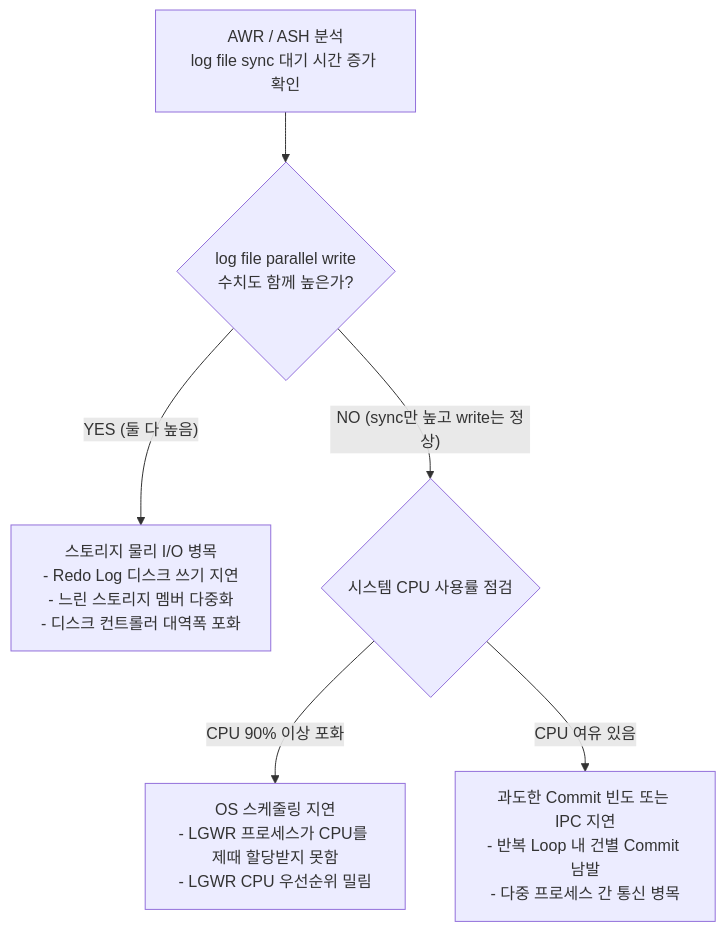
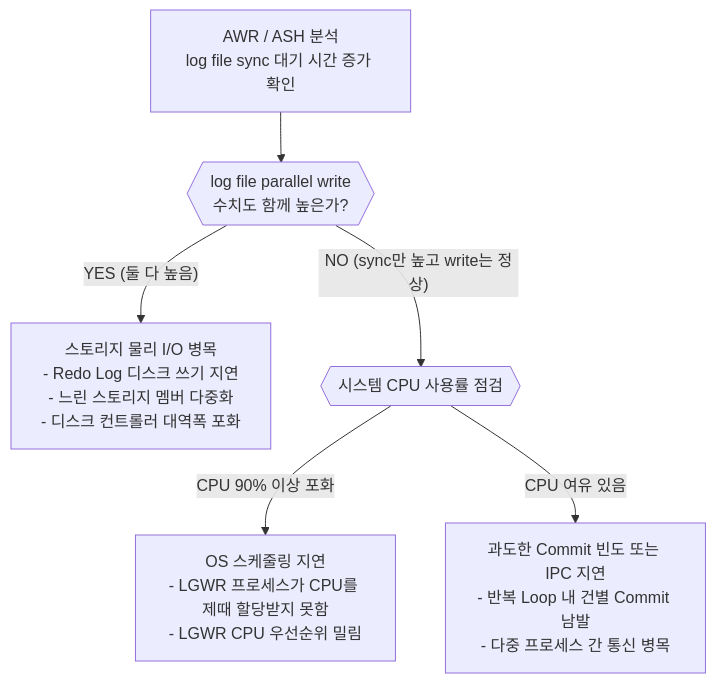
One commit to djpibo/djpibo.github.io changed the ninth of 9 diagrams in docs/dbms/oracle/high-concurrency-insert-itl-and-index-split.md. Above: the diagram before and after it, drawn with Mermaid. The commit also changed other lines of this file and 6 other files, not shown here.

Commit message:
style(mermaid): replace oversized diamond nodes with compact hexagon nodes

````diff
--- a/docs/dbms/oracle/high-concurrency-insert-itl-and-index-split.md
+++ b/docs/dbms/oracle/high-concurrency-insert-itl-and-index-split.md
@@ -379,16 +379,16 @@
 ```mermaid
 flowchart TD
-    Start["AWR / ASH 분석<br/>log file sync 대기 시간 증가 확인"] --> Check{"log file parallel write<br/>수치도 함께 높은가?"}
+    Start["AWR / ASH 분석<br/>log file sync 대기 시간 증가 확인"] --> Check{{"log file parallel write<br/>수치도 함께 높은가?"}}
     
     Check -- "YES (둘 다 높음)" --> Case1["스토리지 물리 I/O 병목<br/>- Redo Log 디스크 쓰기 지연<br/>- 느린 스토리지 멤버 다중화<br/>- 디스크 컨트롤러 대역폭 포화"]
     
-    Check -- "NO (sync만 높고 write는 정상)" --> Check2{"시스템 CPU 사용률 점검"}
+    Check -- "NO (sync만 높고 write는 정상)" --> Check2{{"시스템 CPU 사용률 점검"}}
     
     Check2 -- "CPU 90% 이상 포화" --> Case2["OS 스케줄링 지연<br/>- LGWR 프로세스가 CPU를 제때 할당받지 못함<br/>- LGWR CPU 우선순위 밀림"]
     Check2 -- "CPU 여유 있음" --> Case3["과도한 Commit 빈도 또는 IPC 지연<br/>- 반복 Loop 내 건별 Commit 남발<br/>- 다중 프로세스 간 통신 병목"]
 
     class Start,Check,Check2 checkNode;
     class Case1 ioBottleneck;
     class Case2 cpuBottleneck;
     class Case3 commitBottleneck;
 ```
````
